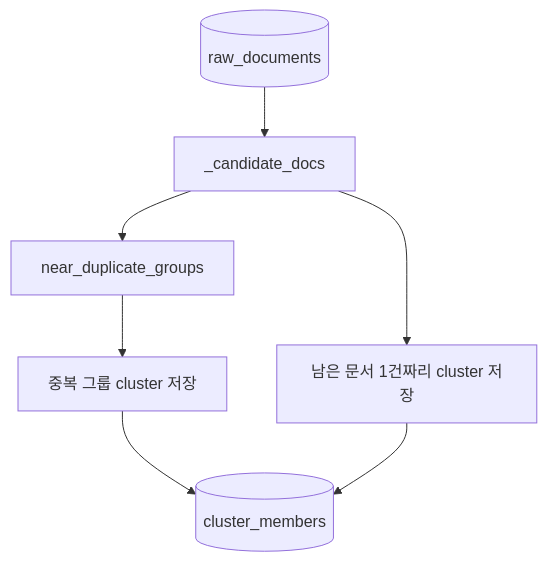
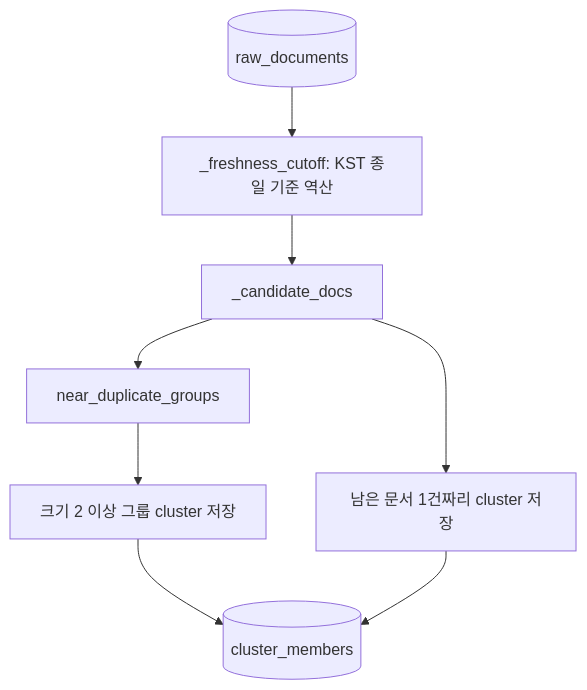
One commit to SJayKim/finance_agent changed the second of 5 diagrams in docs/learnings/03-impact-pipeline.md. Above: the diagram before and after it, drawn with Mermaid. The commit also changed other lines of this file and 10 other files, not shown here.

````diff
--- a/docs/learnings/03-impact-pipeline.md
+++ b/docs/learnings/03-impact-pipeline.md
@@ -45,9 +63,10 @@
 ```mermaid
 flowchart TD
-    Raw[(raw_documents)] --> Candidate[_candidate_docs]
+    Raw[(raw_documents)] --> Cutoff[_freshness_cutoff: KST 종일 기준 역산]
+    Cutoff --> Candidate[_candidate_docs]
     Candidate --> SimHash[near_duplicate_groups]
-    SimHash --> DedupCluster[중복 그룹 cluster 저장]
+    SimHash --> DedupCluster[크기 2 이상 그룹 cluster 저장]
     Candidate --> Singleton[남은 문서 1건짜리 cluster 저장]
     DedupCluster --> Members[(cluster_members)]
     Singleton --> Members
 ```
````
